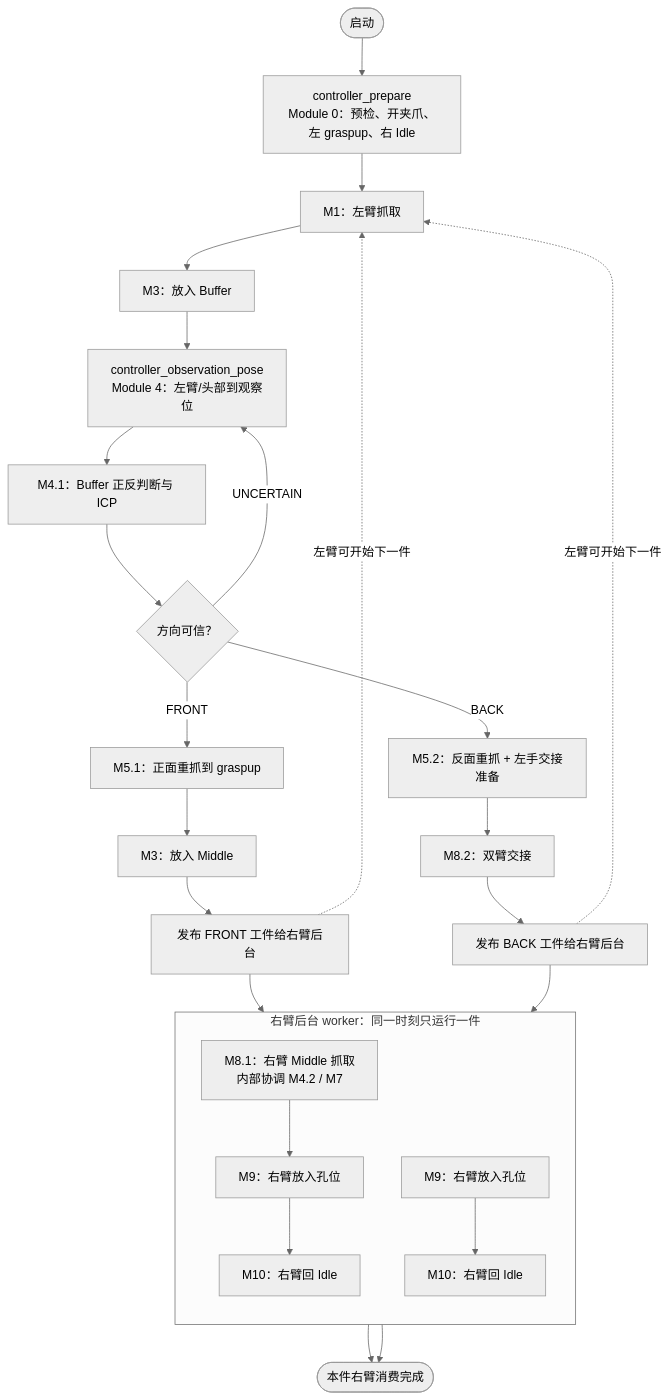
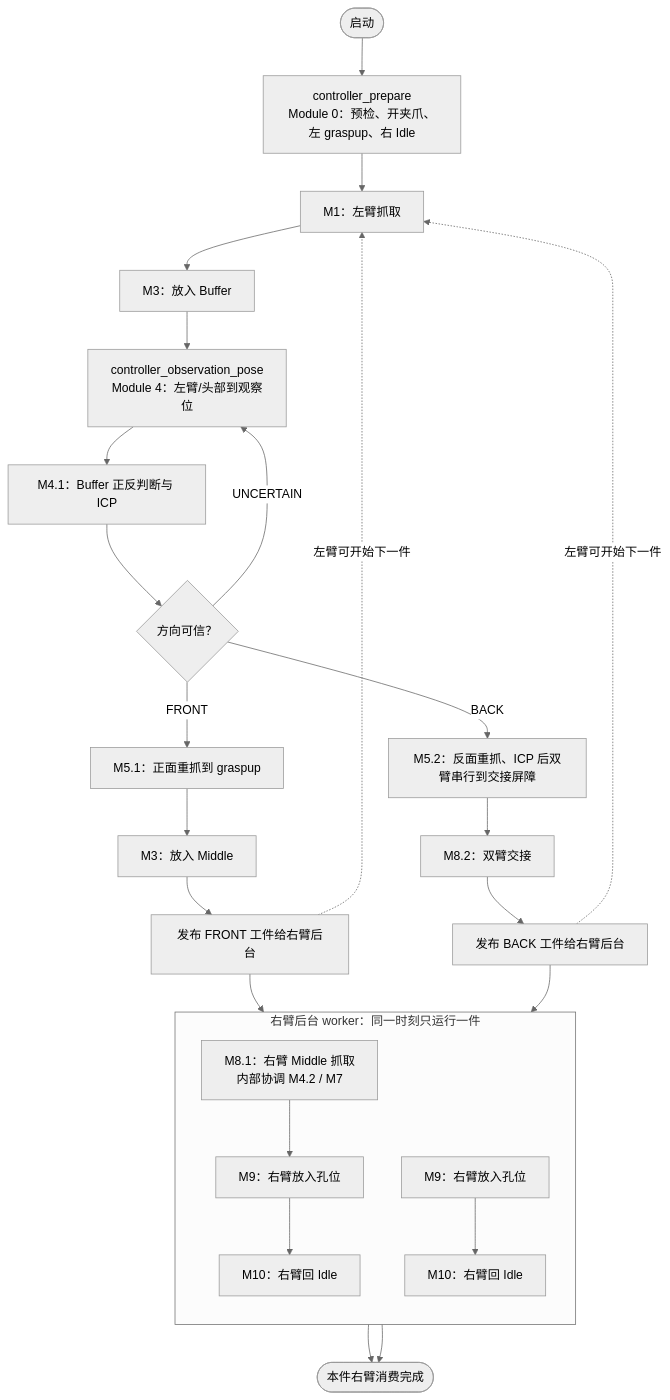
Before and after one commit to baosha45818/Parm_Grasp_Place_Loop: the diagram in README.md, drawn with Mermaid (neutral theme). The commit also changed other lines of this file and 70 other files, not shown here.

````diff
--- a/README.md
+++ b/README.md
@@ -169,30 +169,30 @@
 ```mermaid
 flowchart TD
     S([启动]) --> P[controller_prepare<br/>Module 0：预检、开夹爪、左 graspup、右 Idle]
     P --> M1[M1：左臂抓取]
     M1 --> B[M3：放入 Buffer]
     B --> O[controller_observation_pose<br/>Module 4：左臂/头部到观察位]
     O --> M4[M4.1：Buffer 正反判断与 ICP]
     M4 --> D{方向可信？}
     D -->|FRONT| F5[M5.1：正面重抓到 graspup]
     F5 --> MID[M3：放入 Middle]
-    D -->|BACK| R5[M5.2：反面重抓 + 左手交接准备]
+    D -->|BACK| R5[M5.2：反面重抓、ICP 后双臂串行到交接屏障]
     R5 --> H8[M8.2：双臂交接]
     D -->|UNCERTAIN| O
 
     MID --> PF[发布 FRONT 工件给右臂后台]
     H8 --> PB[发布 BACK 工件给右臂后台]
     PF -. 左臂可开始下一件 .-> M1
     PB -. 左臂可开始下一件 .-> M1
 
     subgraph RW[右臂后台 worker：同一时刻只运行一件]
         direction TB
         RF[M8.1：右臂 Middle 抓取<br/>内部协调 M4.2 / M7] --> RP1[M9：右臂放入孔位] --> RI1[M10：右臂回 Idle]
         RB[M9：右臂放入孔位] --> RI2[M10：右臂回 Idle]
     end
 
     PF --> RF
     PB --> RB
     RI1 --> E([本件右臂消费完成])
     RI2 --> E
 ```
````
